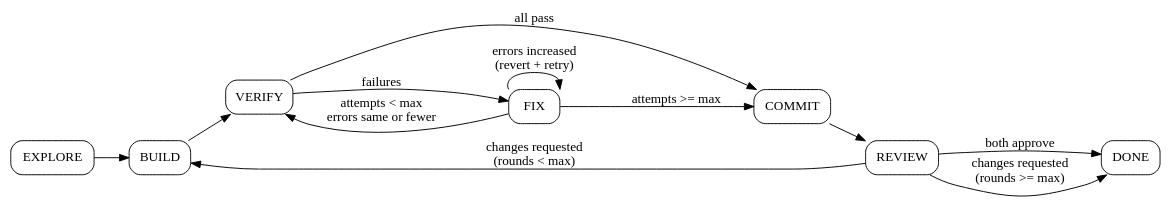
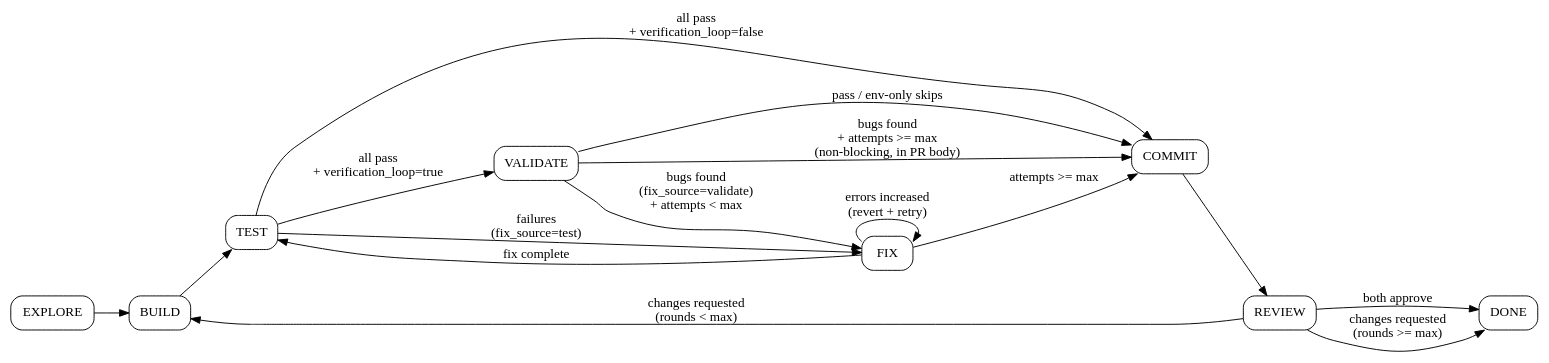
Before and after one commit to bostondv/bdvstack: the diagram in autopilot/skills/phase-runner/SKILL.md, drawn with Graphviz. The commit also changed other lines of this file and 15 other files, not shown here.

First line of the commit message:
Bump autopilot to 2.0.0: TEST/VALIDATE redesign + browser-check integration

````diff
--- a/autopilot/skills/phase-runner/SKILL.md
+++ b/autopilot/skills/phase-runner/SKILL.md
@@ -564,18 +699,22 @@
 ```dot
 digraph phases {
     rankdir=LR;
     node [shape=box, style=rounded];
 
     EXPLORE -> BUILD;
-    BUILD -> VERIFY;
-    VERIFY -> COMMIT [label="all pass"];
-    VERIFY -> FIX [label="failures"];
-    FIX -> VERIFY [label="attempts < max\nerrors same or fewer"];
+    BUILD -> TEST;
+    TEST -> VALIDATE [label="all pass\n+ verification_loop=true"];
+    TEST -> COMMIT [label="all pass\n+ verification_loop=false"];
+    TEST -> FIX [label="failures\n(fix_source=test)"];
+    FIX -> TEST [label="fix complete"];
     FIX -> FIX [label="errors increased\n(revert + retry)"];
     FIX -> COMMIT [label="attempts >= max"];
+    VALIDATE -> COMMIT [label="pass / env-only skips"];
+    VALIDATE -> FIX [label="bugs found\n(fix_source=validate)\n+ attempts < max"];
+    VALIDATE -> COMMIT [label="bugs found\n+ attempts >= max\n(non-blocking, in PR body)"];
     COMMIT -> REVIEW;
     REVIEW -> DONE [label="both approve"];
     REVIEW -> BUILD [label="changes requested\n(rounds < max)"];
     REVIEW -> DONE [label="changes requested\n(rounds >= max)"];
 }
 ```
````
